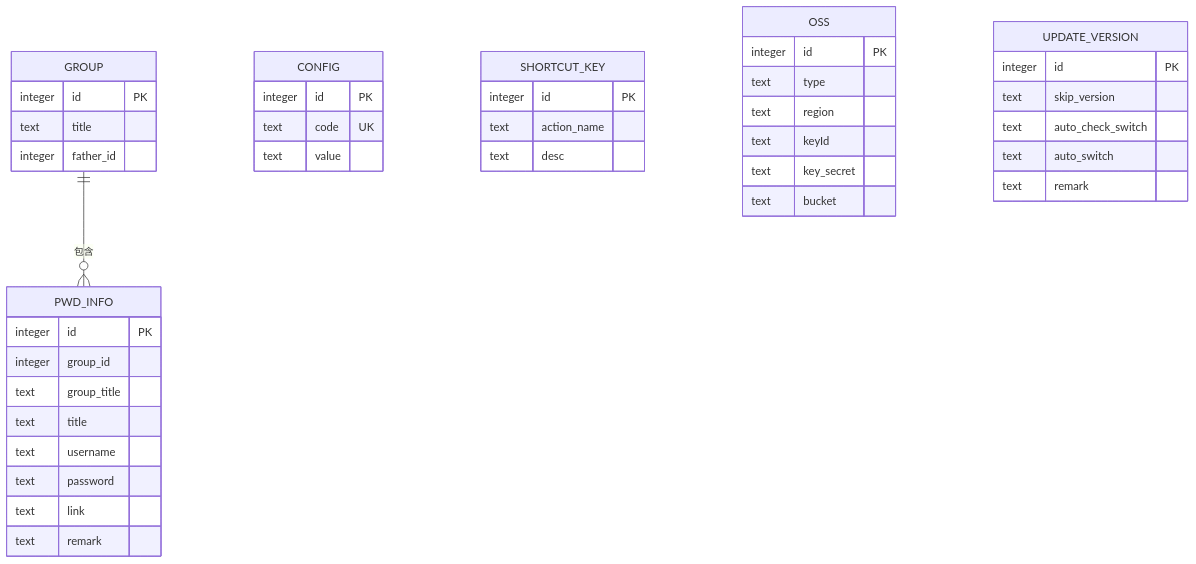
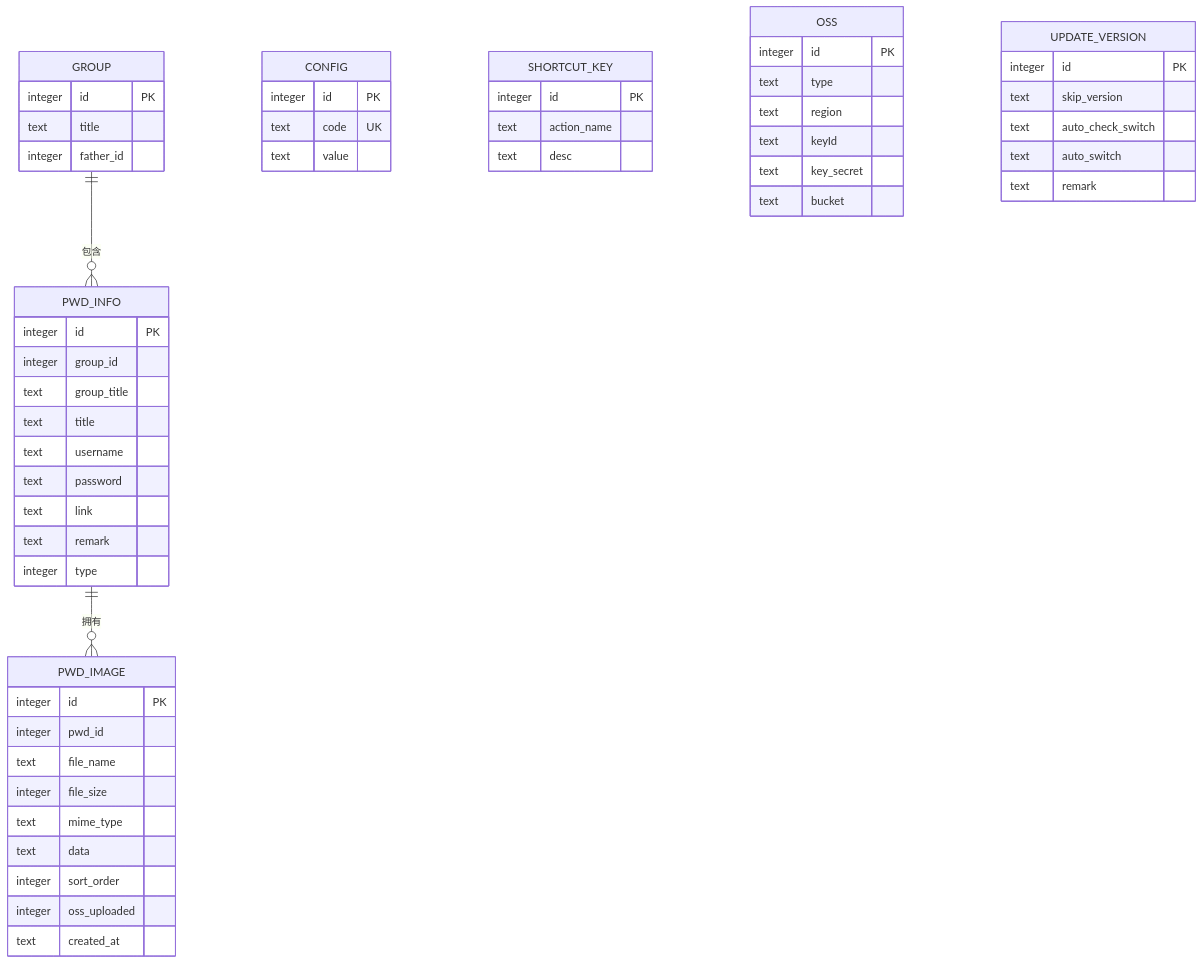
One commit to scgithub3220216/password-manager changed the sixth of 6 diagrams in .qoder/repowiki/zh/content/数据库系统/数据库系统.md. Above: the diagram before and after it, drawn with Mermaid. The commit also changed other lines of this file and 17 other files, not shown here.

````diff
--- a/.qoder/repowiki/zh/content/数据库系统/数据库系统.md
+++ b/.qoder/repowiki/zh/content/数据库系统/数据库系统.md
@@ -405,44 +519,57 @@
 ```mermaid
 erDiagram
 GROUP {
 integer id PK
 text title
 integer father_id
 }
 PWD_INFO {
 integer id PK
 integer group_id
 text group_title
 text title
 text username
 text password
 text link
 text remark
+integer type
 }
 CONFIG {
 integer id PK
 text code UK
 text value
 }
 SHORTCUT_KEY {
 integer id PK
 text action_name
 text desc
 }
 OSS {
 integer id PK
 text type
 text region
 text keyId
 text key_secret
 text bucket
 }
 UPDATE_VERSION {
 integer id PK
 text skip_version
 text auto_check_switch
 text auto_switch
 text remark
 }
+PWD_IMAGE {
+integer id PK
+integer pwd_id
+text file_name
+integer file_size
+text mime_type
+text data
+integer sort_order
+integer oss_uploaded
+text created_at
+}
 GROUP ||--o{ PWD_INFO : "包含"
+PWD_INFO ||--o{ PWD_IMAGE : "拥有"
 ```
````
